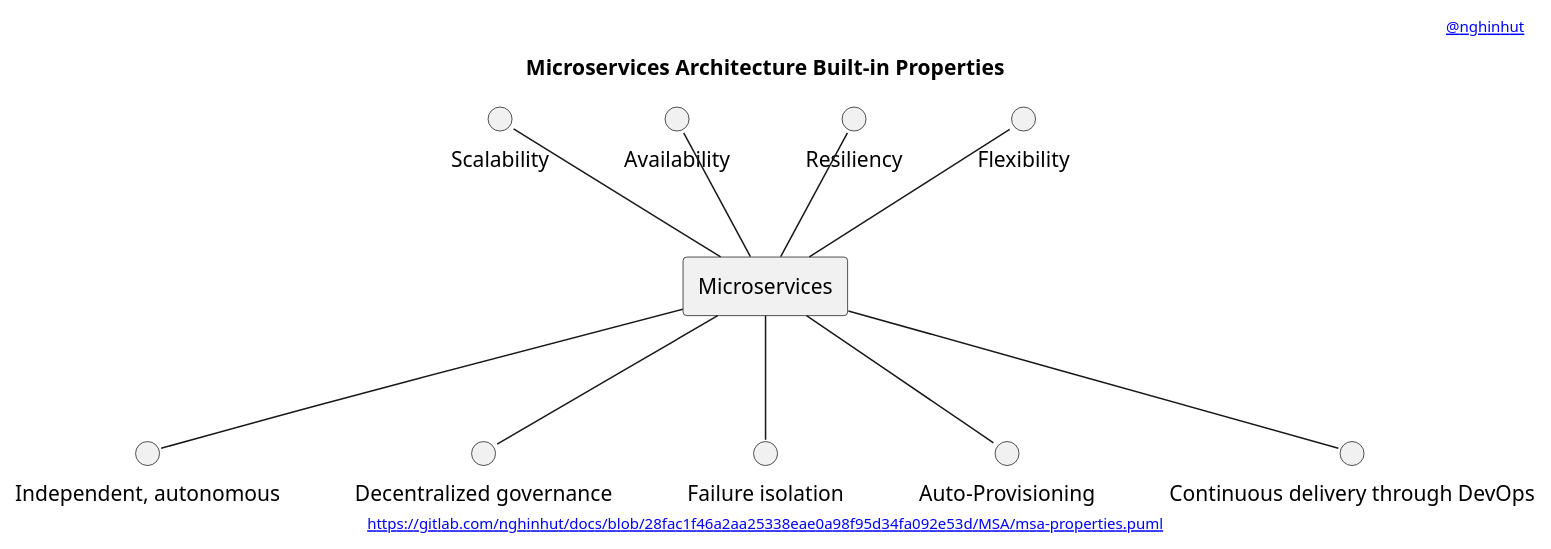
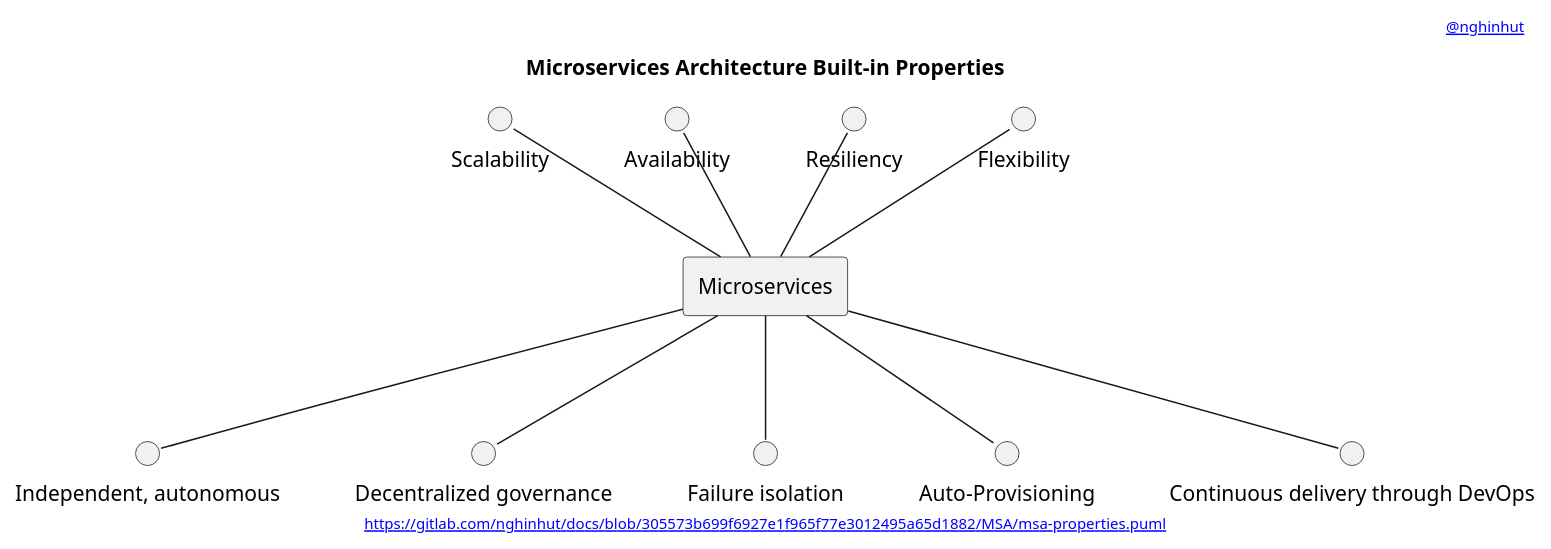
The diagram in MSA/msa-properties.puml (nghinhut/docs), drawn with PlantUML before and after one commit. The commit also changed 17 other files, not shown here.

Commit message:
Update diagrams

```diff
--- a/MSA/msa-properties.puml
+++ b/MSA/msa-properties.puml
@@ -1,31 +1,31 @@
 @startuml
 '-----START auto generated metadata please keep comment here to allow auto update-----
 '-----DON'T EDIT THIS SECTION, INSTEAD RE-RUN prebuild.sh TO UPDATE-----
-header [[www.nghinhut.dev?from=http%5C%3A%5C%2F%5C%2Fwww%5C.plantuml%5C.com%5C%2Fplantuml%5C%2Fproxy%3Ffmt%3Dsvg%5C%26src%3Dhttps%5C%3A%5C%2F%5C%2Fgitlab%5C.com%5C%2Fnghinhut%5C%2Fdocs%5C%2Fraw%5C%2F28fac1f46a2aa25338eae0a98f95d34fa092e53d%5C%2FMSA%5C%2Fmsa-properties%5C.puml%0A @nghinhut]]
-footer [[http://www.plantuml.com/plantuml/proxy?fmt=svg&src=https://gitlab.com/nghinhut/docs/raw/28fac1f46a2aa25338eae0a98f95d34fa092e53d/MSA/msa-properties.puml https://gitlab.com/nghinhut/docs/blob/28fac1f46a2aa25338eae0a98f95d34fa092e53d/MSA/msa-properties.puml]]
+header [[www.nghinhut.dev?from=http%5C%3A%5C%2F%5C%2Fwww%5C.plantuml%5C.com%5C%2Fplantuml%5C%2Fproxy%3Ffmt%3Dsvg%5C%26src%3Dhttps%5C%3A%5C%2F%5C%2Fgitlab%5C.com%5C%2Fnghinhut%5C%2Fdocs%5C%2Fraw%5C%2F305573b699f6927e1f965f77e3012495a65d1882%5C%2FMSA%5C%2Fmsa-properties%5C.puml%0A @nghinhut]]
+footer [[http://www.plantuml.com/plantuml/proxy?fmt=svg&src=https://gitlab.com/nghinhut/docs/raw/305573b699f6927e1f965f77e3012495a65d1882/MSA/msa-properties.puml https://gitlab.com/nghinhut/docs/blob/305573b699f6927e1f965f77e3012495a65d1882/MSA/msa-properties.puml]]
 '-----END auto generated metadata please keep comment here to allow auto update-----
 title Microservices Architecture Built-in Properties
 
 rectangle "Microservices" as msa
 
 circle "Scalability" as scalability
 circle "Availability" as availability
 circle "Resiliency" as resiliency
 circle "Flexibility" as flexibility
 circle "Independent, autonomous" as independent_autonomous
 circle "Decentralized governance" as decentralized_governance
 circle "Failure isolation" as failure_isolation
 circle "Auto-Provisioning" as auto_provisioning
 circle "Continuous delivery through DevOps" as cd
 
 scalability -- msa
 availability -- msa
 resiliency -- msa
 flexibility -- msa
 msa -- independent_autonomous
 msa -- decentralized_governance
 msa -- failure_isolation
 msa -- auto_provisioning
 msa -- cd
 
 @enduml
```
